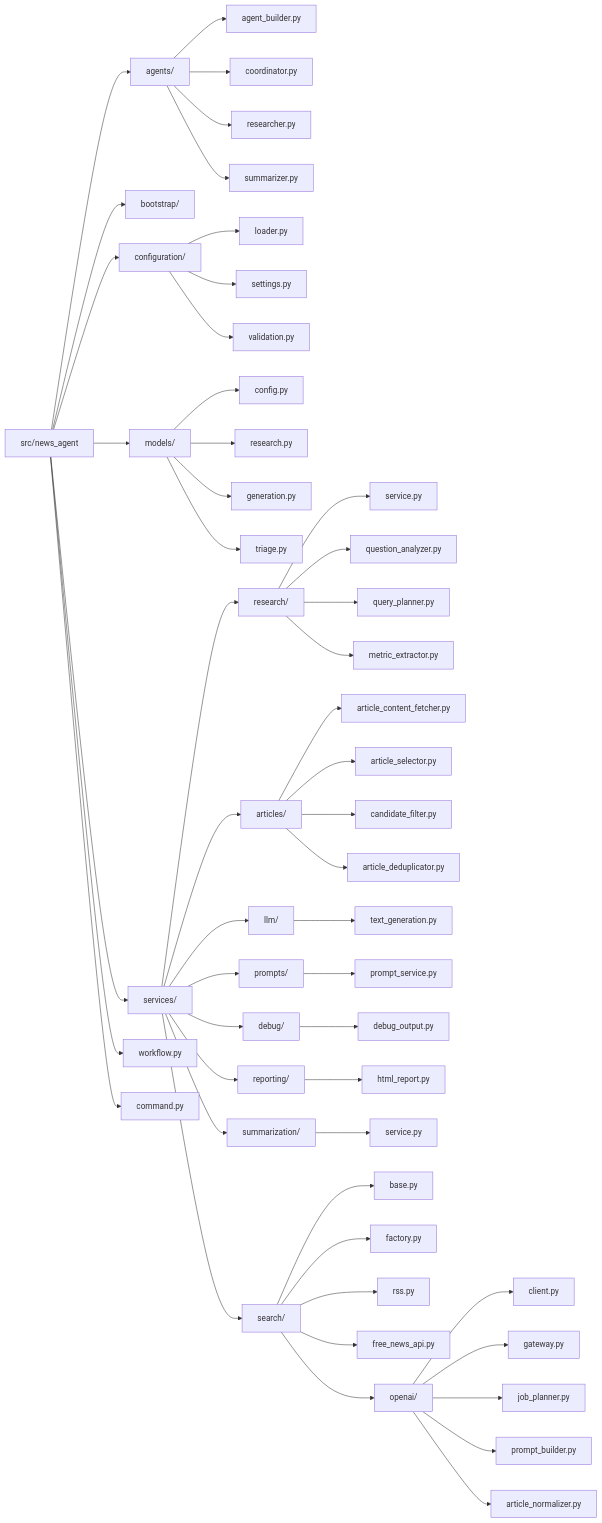
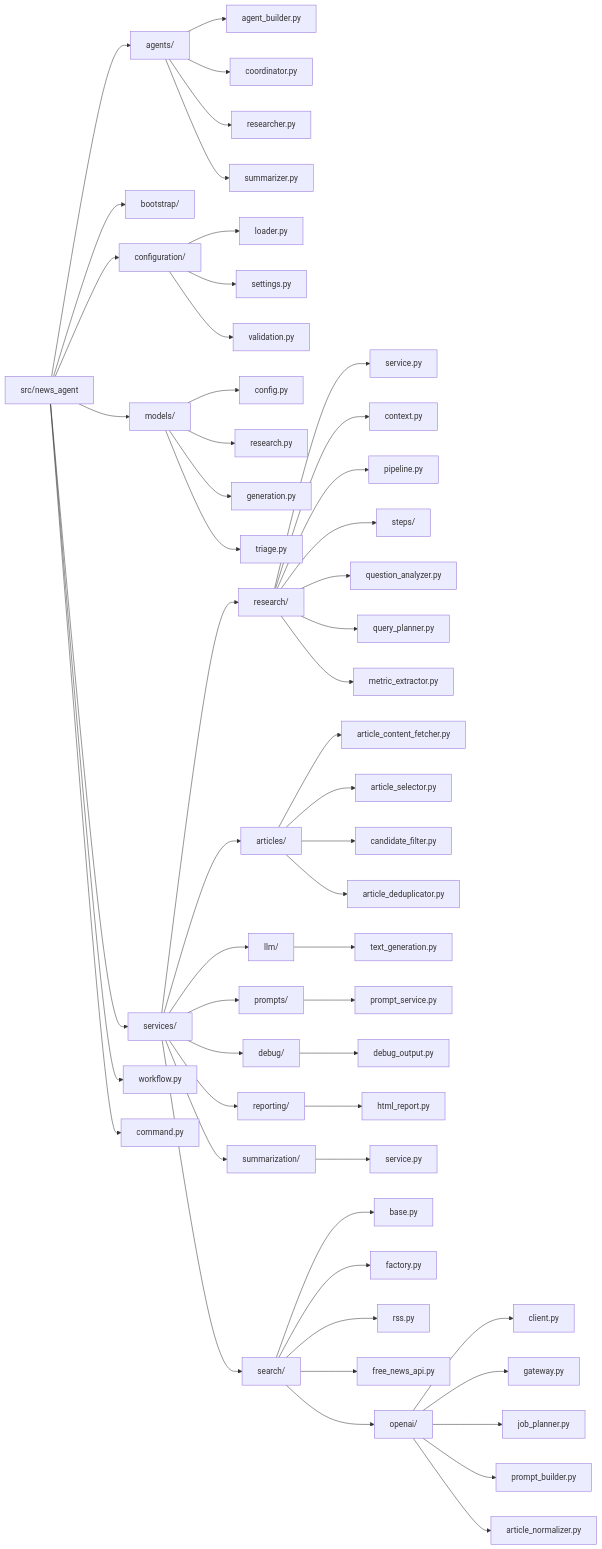
The second of 5 diagrams in docs/ARCHITECTURE.md (mouak-ayoub/news_agent), drawn with Mermaid before and after one commit. The commit also changed other lines of this file and 16 other files, not shown here.

First line of the commit message:
Step 4: Refactor research flow into explicit pipeline

````diff
--- a/docs/ARCHITECTURE.md
+++ b/docs/ARCHITECTURE.md
@@ -40,61 +41,64 @@
 ```mermaid
 flowchart LR
     Root["src/news_agent"] --> Agents["agents/"]
     Root --> Bootstrap["bootstrap/"]
     Root --> Configuration["configuration/"]
     Root --> Models["models/"]
     Root --> Services["services/"]
     Root --> Workflow["workflow.py"]
     Root --> Command["command.py"]
 
     Agents --> AB["agent_builder.py"]
     Agents --> CO["coordinator.py"]
     Agents --> RE["researcher.py"]
     Agents --> SU["summarizer.py"]
 
     Models --> MC["config.py"]
     Models --> MR["research.py"]
     Models --> MG["generation.py"]
     Models --> MT["triage.py"]
 
     Configuration --> CL["loader.py"]
     Services --> ResearchPkg["research/"]
     Services --> ArticlesPkg["articles/"]
     Services --> LLMPkg["llm/"]
     Services --> PromptsPkg["prompts/"]
     Services --> DebugPkg["debug/"]
     Services --> ReportingPkg["reporting/"]
     Services --> SummarizationPkg["summarization/"]
     Services --> Search["search/"]
 
     Configuration --> Settings["settings.py"]
     Configuration --> Validation["validation.py"]
 
     ResearchPkg --> RS["service.py"]
+    ResearchPkg --> RC["context.py"]
+    ResearchPkg --> RPL["pipeline.py"]
+    ResearchPkg --> RSteps["steps/"]
     ResearchPkg --> QA["question_analyzer.py"]
     ResearchPkg --> QP["query_planner.py"]
     ResearchPkg --> MX["metric_extractor.py"]
 
     ArticlesPkg --> ACF["article_content_fetcher.py"]
     ArticlesPkg --> AS["article_selector.py"]
     ArticlesPkg --> CF["candidate_filter.py"]
     ArticlesPkg --> AD["article_deduplicator.py"]
 
     LLMPkg --> TG["text_generation.py"]
     PromptsPkg --> PS["prompt_service.py"]
     DebugPkg --> DO["debug_output.py"]
     ReportingPkg --> RP["html_report.py"]
     SummarizationPkg --> SM["service.py"]
 
     Search --> SB["base.py"]
     Search --> SF["factory.py"]
     Search --> SR["rss.py"]
     Search --> SN["free_news_api.py"]
     Search --> OpenAI["openai/"]
 
     OpenAI --> SO["client.py"]
     OpenAI --> GW["gateway.py"]
     OpenAI --> JP["job_planner.py"]
     OpenAI --> PB["prompt_builder.py"]
     OpenAI --> ON["article_normalizer.py"]
 ```
````
